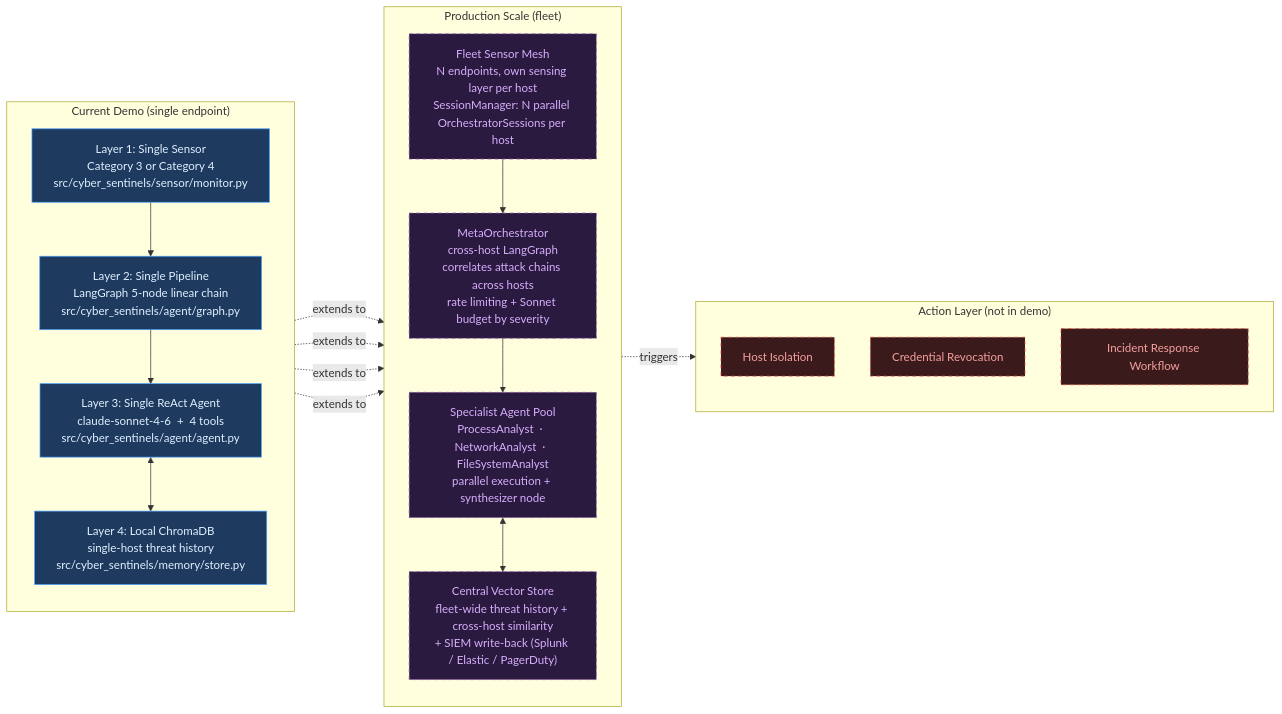
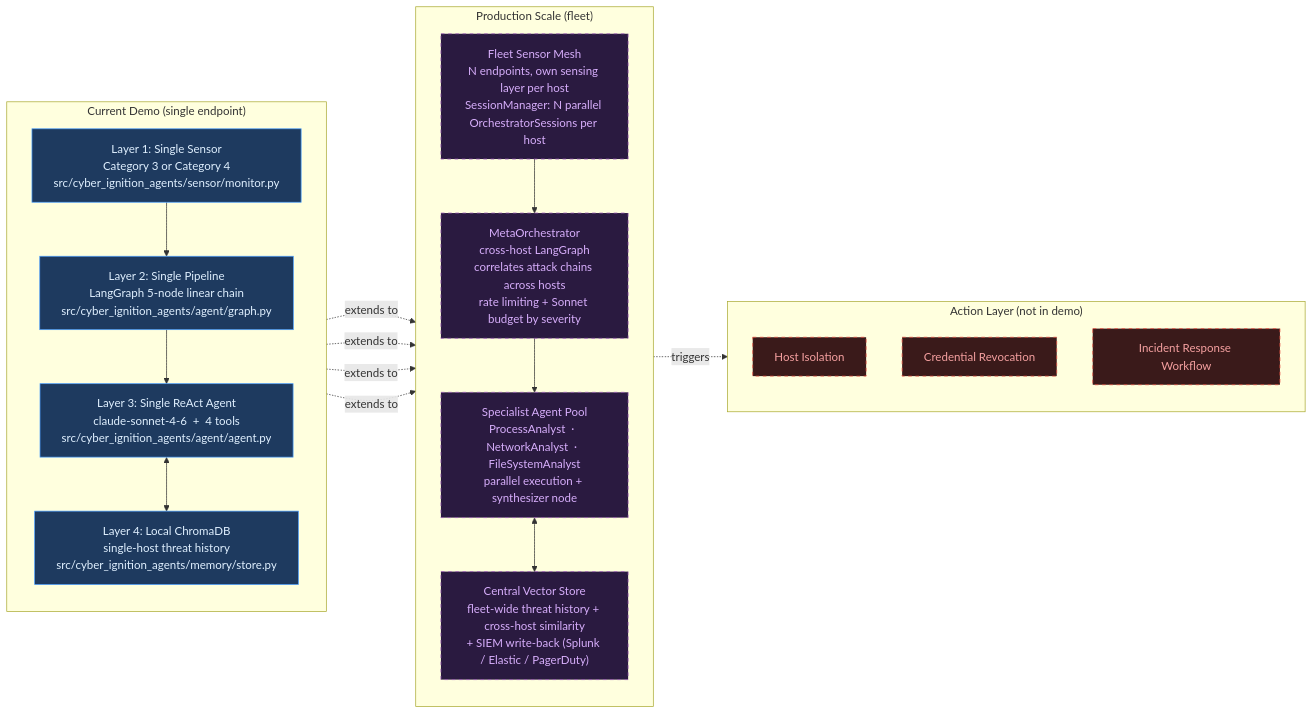
The fifth of 5 diagrams in ARCHITECTURE.md (andrew84830813/cyber-sentinels), drawn with Mermaid before and after one commit. The commit also changed other lines of this file and 28 other files, not shown here.

First line of the commit message:
Rename project: cyber_sentinels → cyber_ignition_agents (v0.4.0)

````diff
--- a/ARCHITECTURE.md
+++ b/ARCHITECTURE.md
@@ -225,42 +225,42 @@
 ```mermaid
 graph LR
     subgraph DEMO["Current Demo  (single endpoint)"]
         direction TB
-        D1["Layer 1: Single Sensor<br/>Category 3 or Category 4<br/>src/cyber_sentinels/sensor/monitor.py"]
-        D2["Layer 2: Single Pipeline<br/>LangGraph 5-node linear chain<br/>src/cyber_sentinels/agent/graph.py"]
-        D3["Layer 3: Single ReAct Agent<br/>claude-sonnet-4-6  +  4 tools<br/>src/cyber_sentinels/agent/agent.py"]
-        D4["Layer 4: Local ChromaDB<br/>single-host threat history<br/>src/cyber_sentinels/memory/store.py"]
+        D1["Layer 1: Single Sensor<br/>Category 3 or Category 4<br/>src/cyber_ignition_agents/sensor/monitor.py"]
+        D2["Layer 2: Single Pipeline<br/>LangGraph 5-node linear chain<br/>src/cyber_ignition_agents/agent/graph.py"]
+        D3["Layer 3: Single ReAct Agent<br/>claude-sonnet-4-6  +  4 tools<br/>src/cyber_ignition_agents/agent/agent.py"]
+        D4["Layer 4: Local ChromaDB<br/>single-host threat history<br/>src/cyber_ignition_agents/memory/store.py"]
         D1 --> D2 --> D3
         D3 <--> D4
     end
 
     subgraph SCALE["Production Scale  (fleet)"]
         direction TB
         S1["Fleet Sensor Mesh<br/>N endpoints, own sensing layer per host<br/>SessionManager: N parallel OrchestratorSessions per host"]
         S2["MetaOrchestrator<br/>cross-host LangGraph<br/>correlates attack chains across hosts<br/>rate limiting + Sonnet budget by severity"]
         S3["Specialist Agent Pool<br/>ProcessAnalyst  ·  NetworkAnalyst  ·  FileSystemAnalyst<br/>parallel execution + synthesizer node"]
         S4["Central Vector Store<br/>fleet-wide threat history + cross-host similarity<br/>+ SIEM write-back (Splunk / Elastic / PagerDuty)"]
         S1 --> S2 --> S3
         S3 <--> S4
     end
 
     subgraph ACTION["Action Layer  (not in demo)"]
         direction TB
         A1["Host Isolation"]
         A2["Credential Revocation"]
         A3["Incident Response Workflow"]
     end
 
     D1 -. "extends to" .-> S1
     D2 -. "extends to" .-> S2
     D3 -. "extends to" .-> S3
     D4 -. "extends to" .-> S4
     S2 -. "triggers" .-> ACTION
 
     classDef demo fill:#1e3a5f,stroke:#4a9eff,color:#e0f0ff
     classDef scale fill:#2a1a40,stroke:#9b59b6,stroke-dasharray:5 5,color:#d7aefb
     classDef action fill:#3a1a1a,stroke:#e74c3c,stroke-dasharray:5 5,color:#f5a0a0
     class D1,D2,D3,D4 demo
     class S1,S2,S3,S4 scale
     class A1,A2,A3 action
 ```
````
